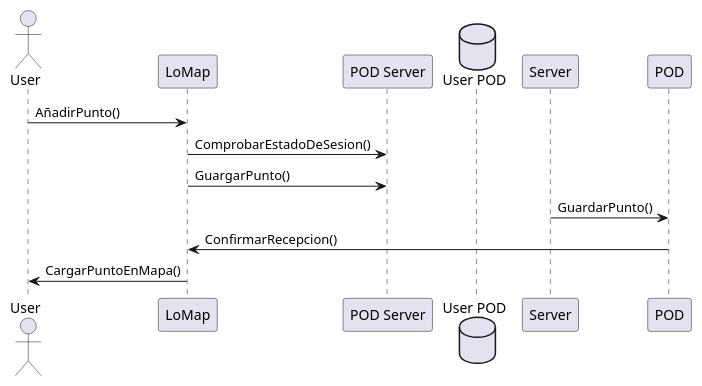
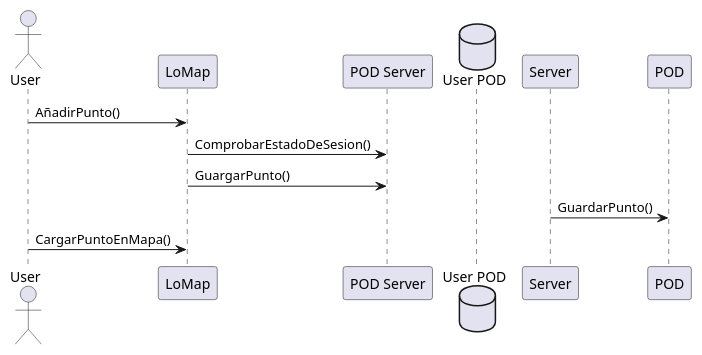
One commit to Arquisoft/lomap_es4c changed the sixth of 10 diagrams in docs/06_runtime_view.adoc. Above: the diagram before and after it, drawn with PlantUML. The commit also changed other lines of this file and 10 other files, not shown here.

```diff
--- a/docs/06_runtime_view.adoc
+++ b/docs/06_runtime_view.adoc
@@ -132,14 +124,13 @@
 [plantuml,"Añadir punto lvl2",png]
 ----
 actor "User" as user
 participant "LoMap" as LoMap
 Participant "POD Server" as server
 database "User POD" as pod
 
 user->LoMap: AñadirPunto()
 LoMap->server: ComprobarEstadoDeSesion()
 LoMap->server: GuargarPunto()
 Server->POD: GuardarPunto()
-POD->LoMap: ConfirmarRecepcion()
-LoMap->user: CargarPuntoEnMapa()
+LoMap<-user: CargarPuntoEnMapa()
 ----
```
